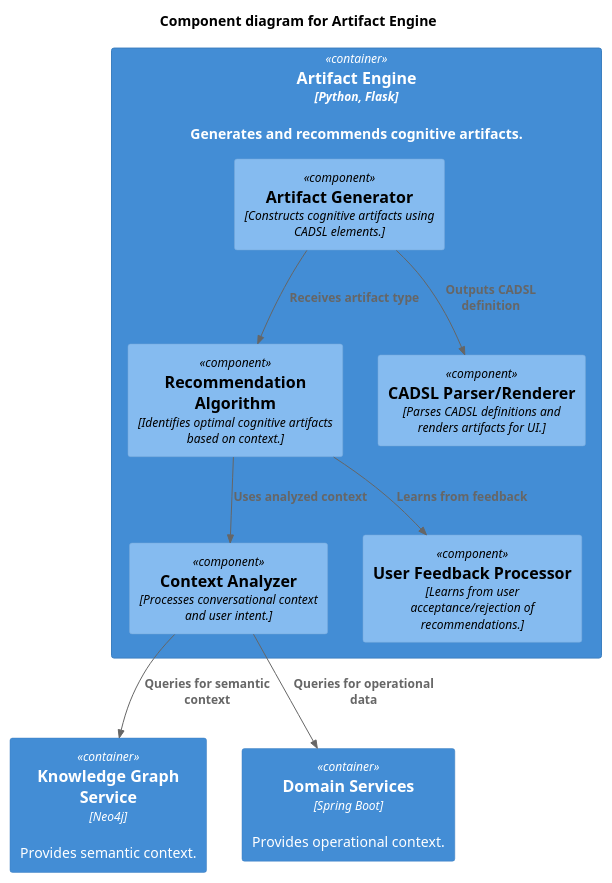
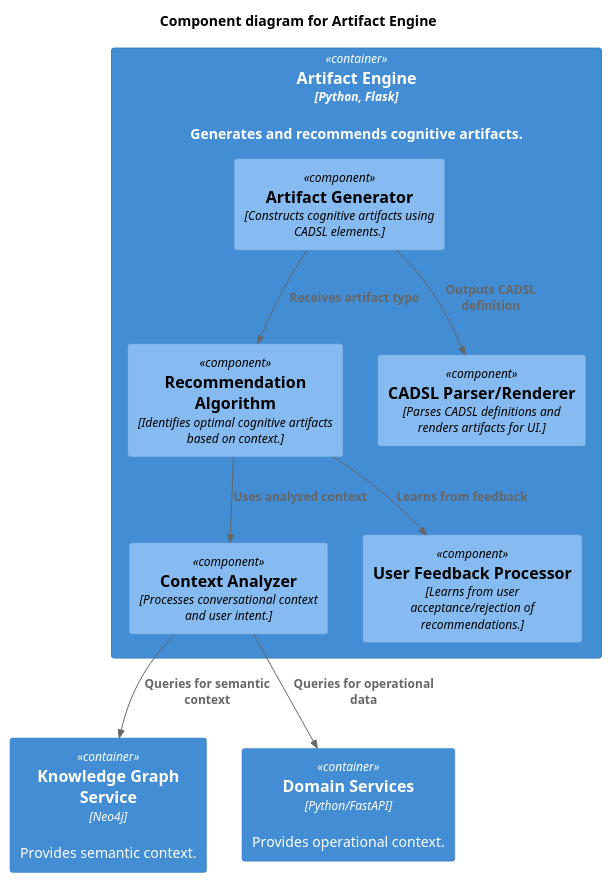
One commit to GodSpeedAI/SEA changed the diagram in docs/02-architecture-diagrams/c4-component.puml. Above: the diagram before and after it, drawn with PlantUML. The commit also changed 39 other files, not shown here.

First line of the commit message:
Refactor documentation and architecture diagrams for SEA 5.0

```diff
--- a/docs/02-architecture-diagrams/c4-component.puml
+++ b/docs/02-architecture-diagrams/c4-component.puml
@@ -1,24 +1,24 @@
 @startuml C4_Component
 !include ./plantuml-c4-includes/C4_Component.puml
 
 TITLE Component diagram for Artifact Engine
 
 Container(artifact_engine, "Artifact Engine", "Python, Flask", "Generates and recommends cognitive artifacts.") {
     Component(recommendation_algorithm, "Recommendation Algorithm", "Identifies optimal cognitive artifacts based on context.")
     Component(artifact_generator, "Artifact Generator", "Constructs cognitive artifacts using CADSL elements.")
     Component(context_analyzer, "Context Analyzer", "Processes conversational context and user intent.")
     Component(user_feedback_processor, "User Feedback Processor", "Learns from user acceptance/rejection of recommendations.")
     Component(cadsl_parser_renderer, "CADSL Parser/Renderer", "Parses CADSL definitions and renders artifacts for UI.")
 }
 
 Container(knowledge_graph_service, "Knowledge Graph Service", "Neo4j", "Provides semantic context.")
-Container(domain_services, "Domain Services", "Spring Boot", "Provides operational context.")
+Container(domain_services, "Domain Services", "Python/FastAPI", "Provides operational context.")
 
 Rel(context_analyzer, domain_services, "Queries for operational data")
 Rel(context_analyzer, knowledge_graph_service, "Queries for semantic context")
 Rel(recommendation_algorithm, context_analyzer, "Uses analyzed context")
 Rel(recommendation_algorithm, user_feedback_processor, "Learns from feedback")
 Rel(artifact_generator, recommendation_algorithm, "Receives artifact type")
 Rel(artifact_generator, cadsl_parser_renderer, "Outputs CADSL definition")
 
 @enduml
```
